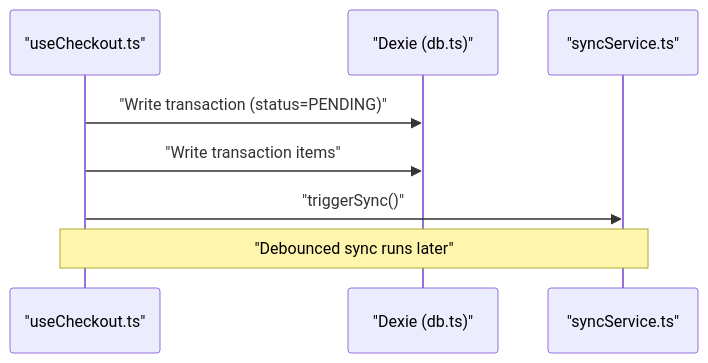
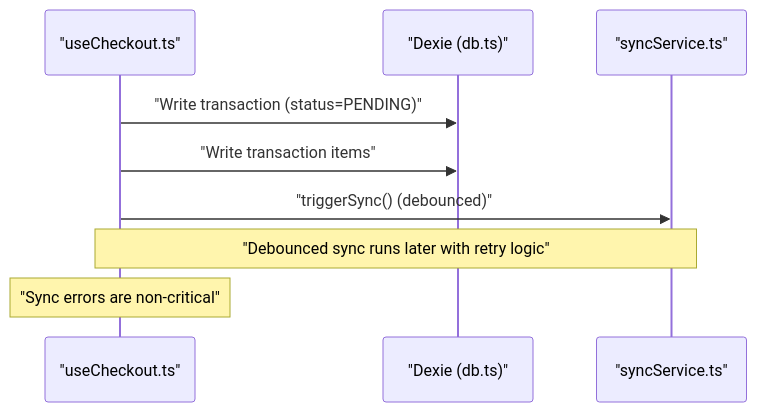
Before and after one commit to riod94/ngepos: the fourth of 7 diagrams in .qoder/repowiki/en/content/Utility Libraries/Synchronization Service.md, drawn with Mermaid. The commit also changed other lines of this file and 51 other files, not shown here.

````diff
--- a/.qoder/repowiki/en/content/Utility Libraries/Synchronization Service.md
+++ b/.qoder/repowiki/en/content/Utility Libraries/Synchronization Service.md
@@ -161,10 +221,11 @@
 ```mermaid
 sequenceDiagram
 participant C as "useCheckout.ts"
 participant D as "Dexie (db.ts)"
 participant S as "syncService.ts"
 C->>D : "Write transaction (status=PENDING)"
 C->>D : "Write transaction items"
-C->>S : "triggerSync()"
-Note over C,S : "Debounced sync runs later"
+C->>S : "triggerSync() (debounced)"
+Note over C,S : "Debounced sync runs later with retry logic"
+Note over C : "Sync errors are non-critical"
 ```
````
